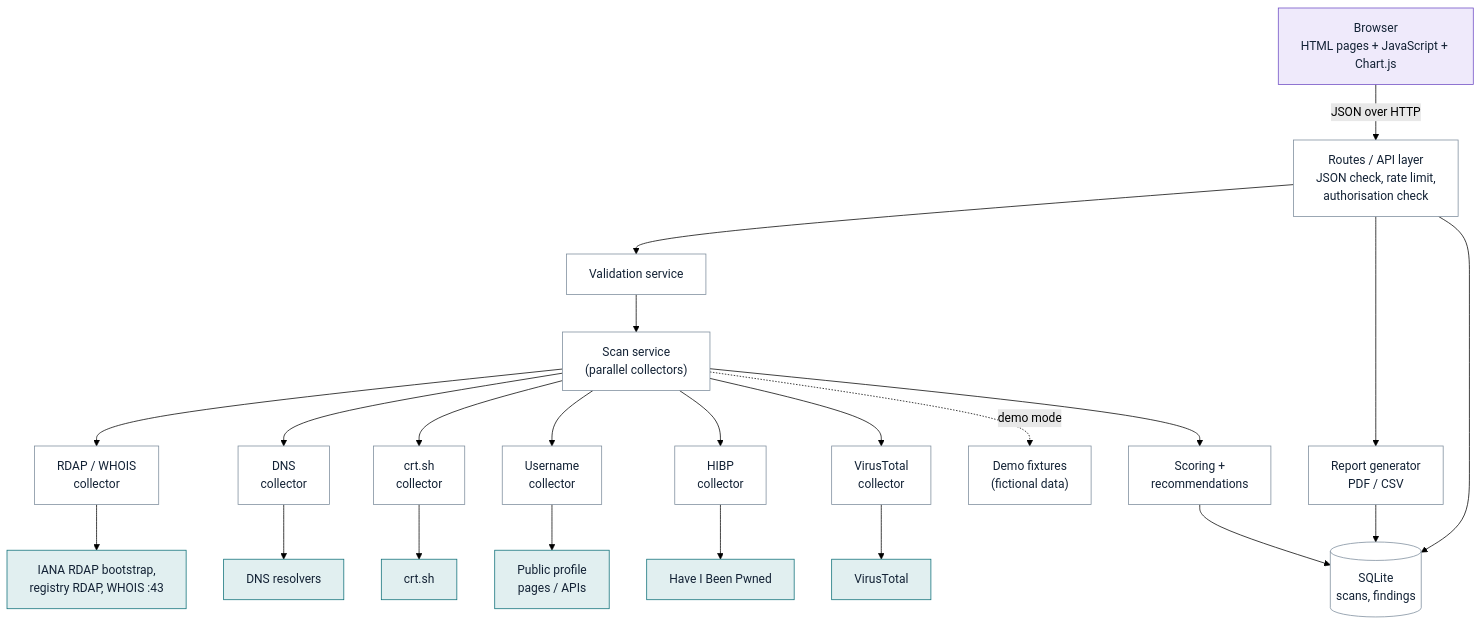
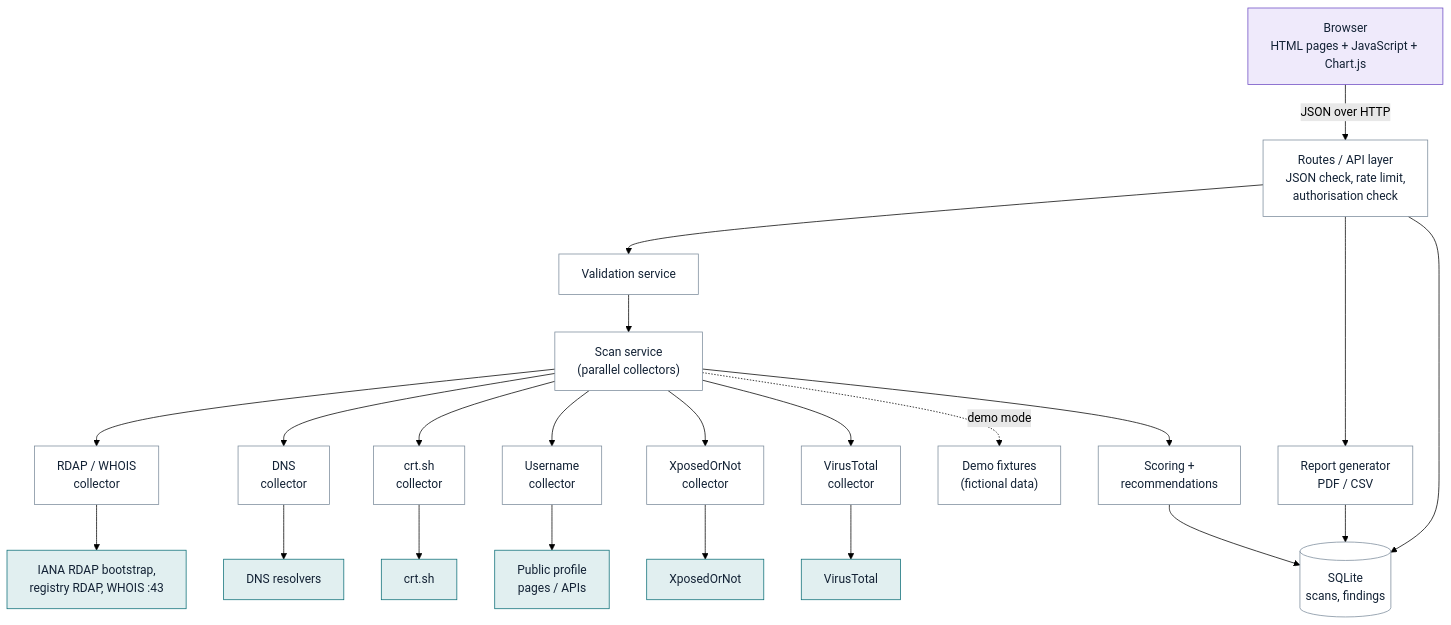
One commit to aryann314/ReconLens changed the first of 7 diagrams in docs/ARCHITECTURE.md. Above: the diagram before and after it, drawn with Mermaid (forest theme). The commit also changed other lines of this file, not shown here.

Commit message:
Update XposedOrNot architecture diagrams

````diff
--- a/docs/ARCHITECTURE.md
+++ b/docs/ARCHITECTURE.md
@@ -8,41 +8,41 @@
 ```mermaid
 flowchart TB
     UI["Browser<br/>HTML pages + JavaScript + Chart.js"]:::client
     R["Routes / API layer<br/>JSON check, rate limit,<br/>authorisation check"]
     V["Validation service"]
     S["Scan service<br/>(parallel collectors)"]
     C1["RDAP / WHOIS<br/>collector"]
     C2["DNS<br/>collector"]
     C3["crt.sh<br/>collector"]
     C4["Username<br/>collector"]
-    C5["HIBP<br/>collector"]
+    C5["XposedOrNot<br/>collector"]
     C6["VirusTotal<br/>collector"]
     D["Demo fixtures<br/>(fictional data)"]
     SC["Scoring +<br/>recommendations"]
     REP["Report generator<br/>PDF / CSV"]
     DB[("SQLite<br/>scans, findings")]
     E1["IANA RDAP bootstrap,<br/>registry RDAP, WHOIS :43"]:::ext
     E2["DNS resolvers"]:::ext
     E3["crt.sh"]:::ext
     E4["Public profile<br/>pages / APIs"]:::ext
-    E5["Have I Been Pwned"]:::ext
+    E5["XposedOrNot"]:::ext
     E6["VirusTotal"]:::ext
 
     UI -- "JSON over HTTP" --> R
     R --> V --> S
     S --> C1 & C2 & C3 & C4 & C5 & C6
     S -. "demo mode" .-> D
     C1 --> E1
     C2 --> E2
     C3 --> E3
     C4 --> E4
     C5 --> E5
     C6 --> E6
     S --> SC --> DB
     R --> REP --> DB
     R --> DB
 
     classDef client fill:#efeafb,stroke:#6d4bc4,color:#132235
     classDef ext fill:#e1eff0,stroke:#0b6e77,color:#132235
     classDef default fill:#ffffff,stroke:#7b8b9b,color:#132235
 ```
````
